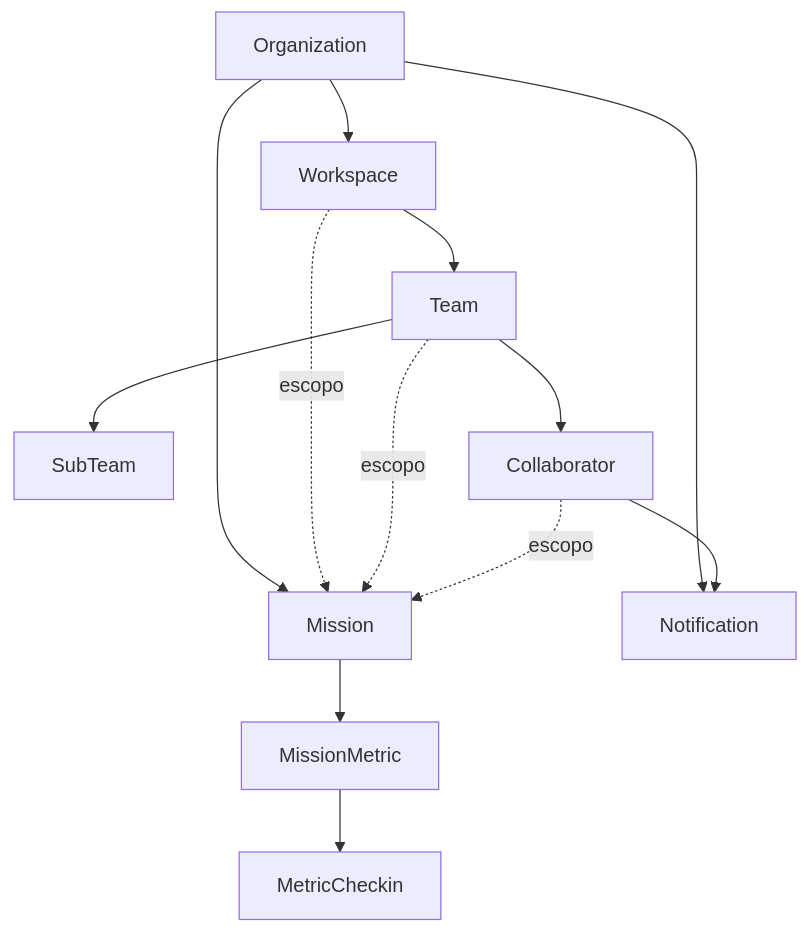
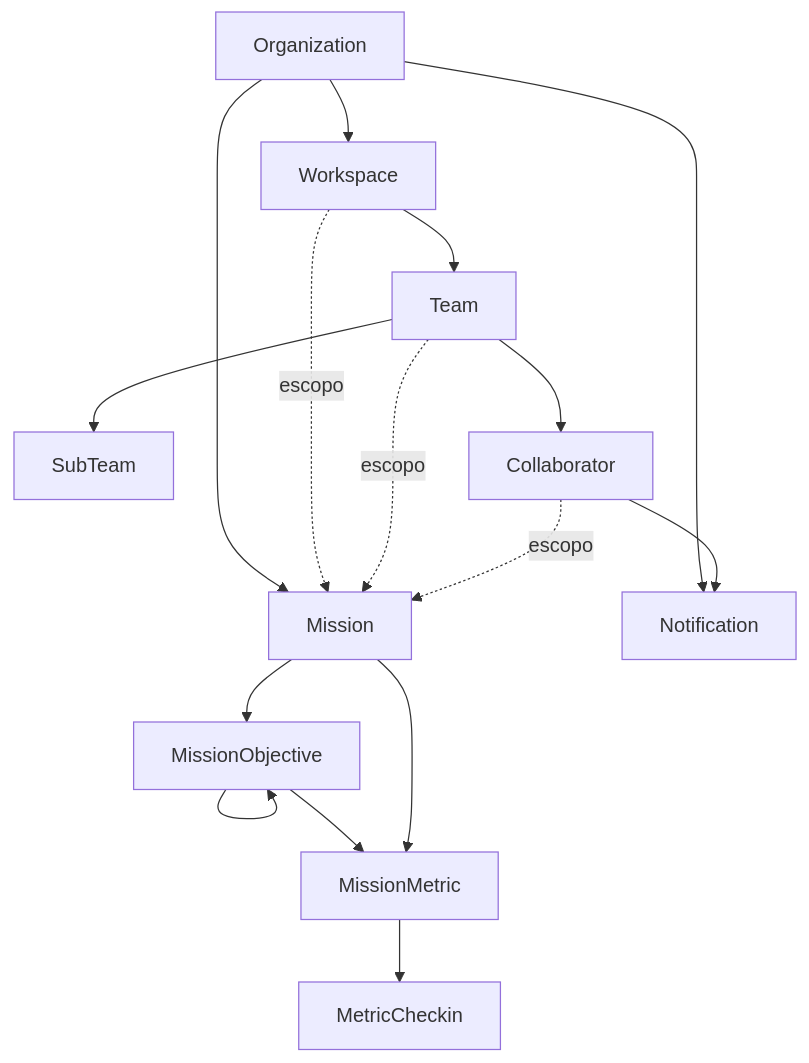
The third of 10 diagrams in README.md (dsbraz/bud), drawn with Mermaid before and after one commit. The commit also changed other lines of this file and 1 other file, not shown here.

````diff
--- a/README.md
+++ b/README.md
@@ -147,27 +147,31 @@
 ```mermaid
 flowchart TD
     O[Organization]
     W[Workspace]
     T[Team]
     ST[SubTeam]
     C[Collaborator]
     M[Mission]
+    MO[MissionObjective]
     MM[MissionMetric]
     MC[MetricCheckin]
 
     O --> W
     W --> T
     T --> ST
     T --> C
 
     O --> M
     W -. escopo .-> M
     T -. escopo .-> M
     C -. escopo .-> M
 
+    M --> MO
+    MO --> MO
+    MO --> MM
     M --> MM
     MM --> MC
 
     O --> N[Notification]
     C --> N
 ```
````
